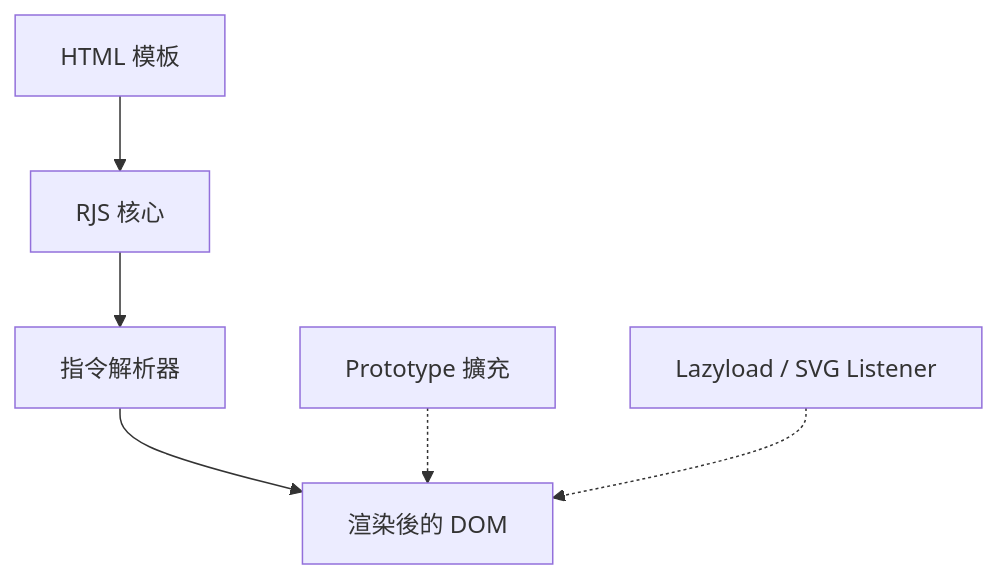
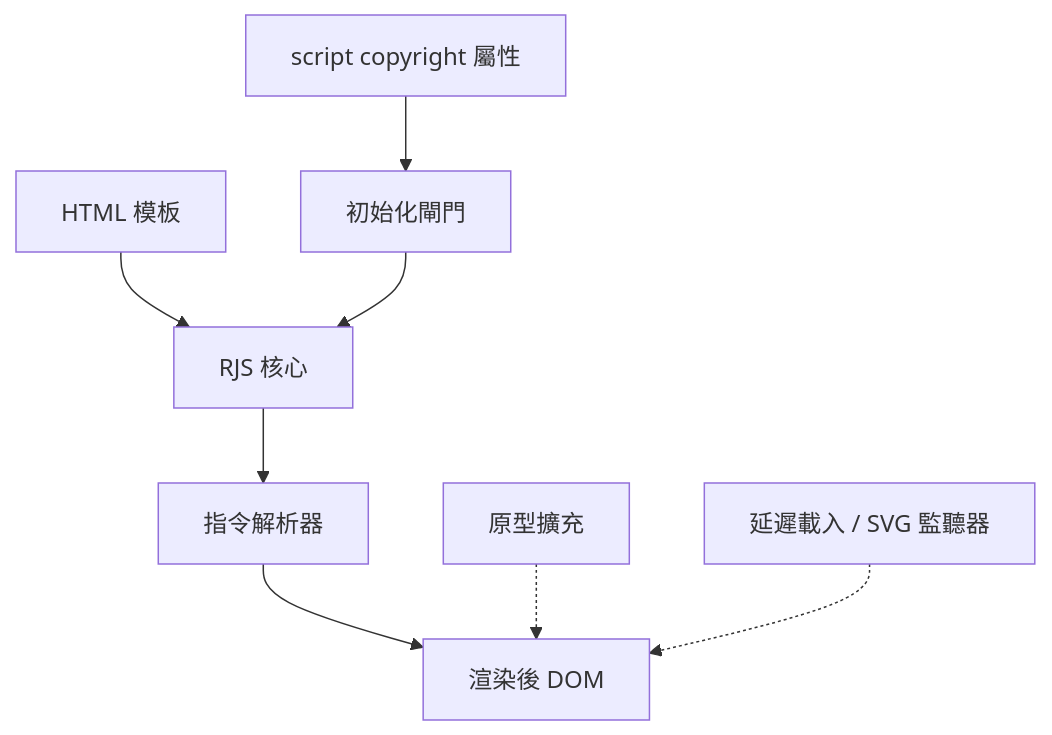
The diagram in doc/README.zh.md (pardnio/RenderJS), drawn with Mermaid before and after one commit. The commit also changed other lines of this file and 8 other files, not shown here.

````diff
--- a/doc/README.zh.md
+++ b/doc/README.zh.md
@@ -47,8 +41,10 @@
 ```mermaid
 graph TB
-    A[HTML 模板] --> B[RJS 核心]
-    B --> C[指令解析器]
-    C --> D[渲染後的 DOM]
-    E[Prototype 擴充] -.-> D
-    F[Lazyload / SVG Listener] -.-> D
+    S["script copyright 屬性"] --> G[初始化閘門]
+    T[HTML 模板] --> R[RJS 核心]
+    G --> R
+    R --> D[指令解析器]
+    D --> O[渲染後 DOM]
+    P[原型擴充] -.-> O
+    L[延遲載入 / SVG 監聽器] -.-> O
 ```
````
